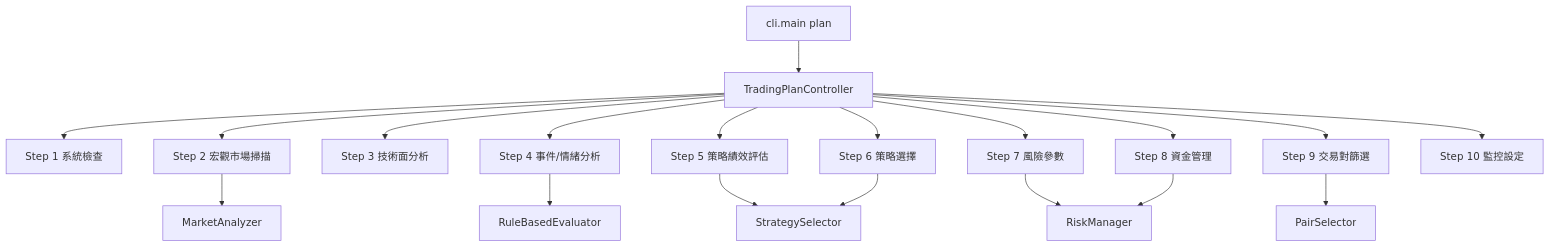
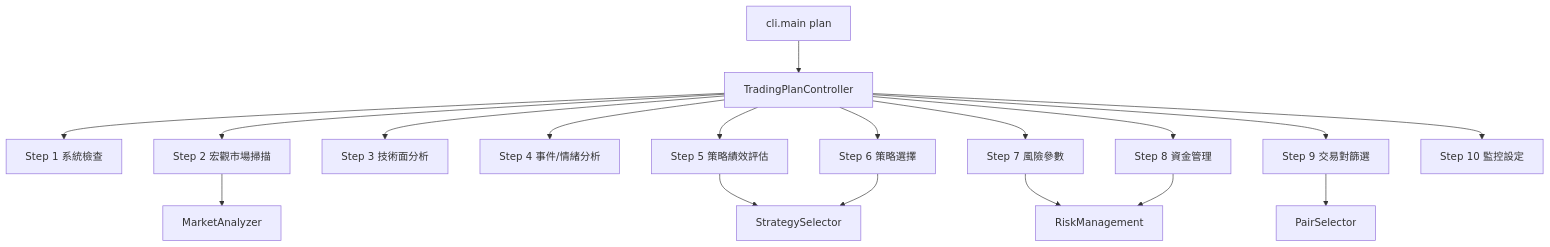
One commit to kyle0527/BioNeuronai changed the fifth of 8 diagrams in docs/PROJECT_HANDOVER_MAP.md. Above: the diagram before and after it, drawn with Mermaid. The commit also changed other lines of this file and 338 other files, not shown here.

````diff
--- a/docs/PROJECT_HANDOVER_MAP.md
+++ b/docs/PROJECT_HANDOVER_MAP.md
@@ -252,22 +243,21 @@
 ```mermaid
 flowchart TD
     CLI[cli.main plan] --> TPC[TradingPlanController]
     TPC --> STEP1[Step 1 系統檢查]
     TPC --> STEP2[Step 2 宏觀市場掃描]
     TPC --> STEP3[Step 3 技術面分析]
     TPC --> STEP4[Step 4 事件/情緒分析]
     TPC --> STEP5[Step 5 策略績效評估]
     TPC --> STEP6[Step 6 策略選擇]
     TPC --> STEP7[Step 7 風險參數]
     TPC --> STEP8[Step 8 資金管理]
     TPC --> STEP9[Step 9 交易對篩選]
     TPC --> STEP10[Step 10 監控設定]
 
     STEP2 --> MA[MarketAnalyzer]
-    STEP4 --> RBE[RuleBasedEvaluator]
     STEP5 --> SS
     STEP6 --> SS[StrategySelector]
-    STEP7 --> RM[RiskManager]
+    STEP7 --> RM[RiskManagement]
     STEP8 --> RM
     STEP9 --> PS[PairSelector]
 ```
````
